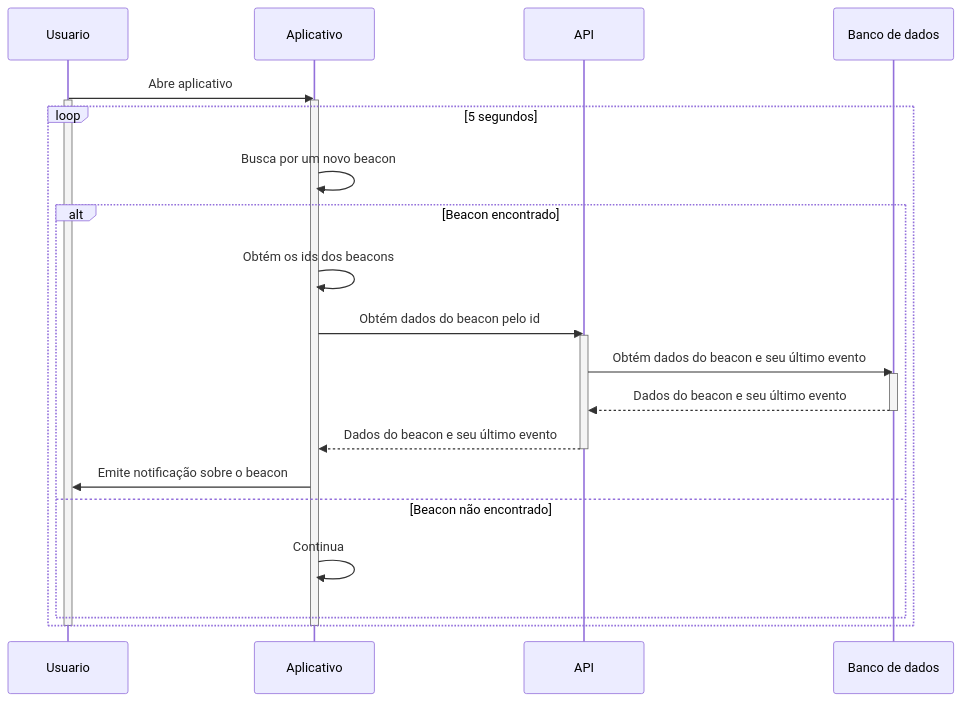
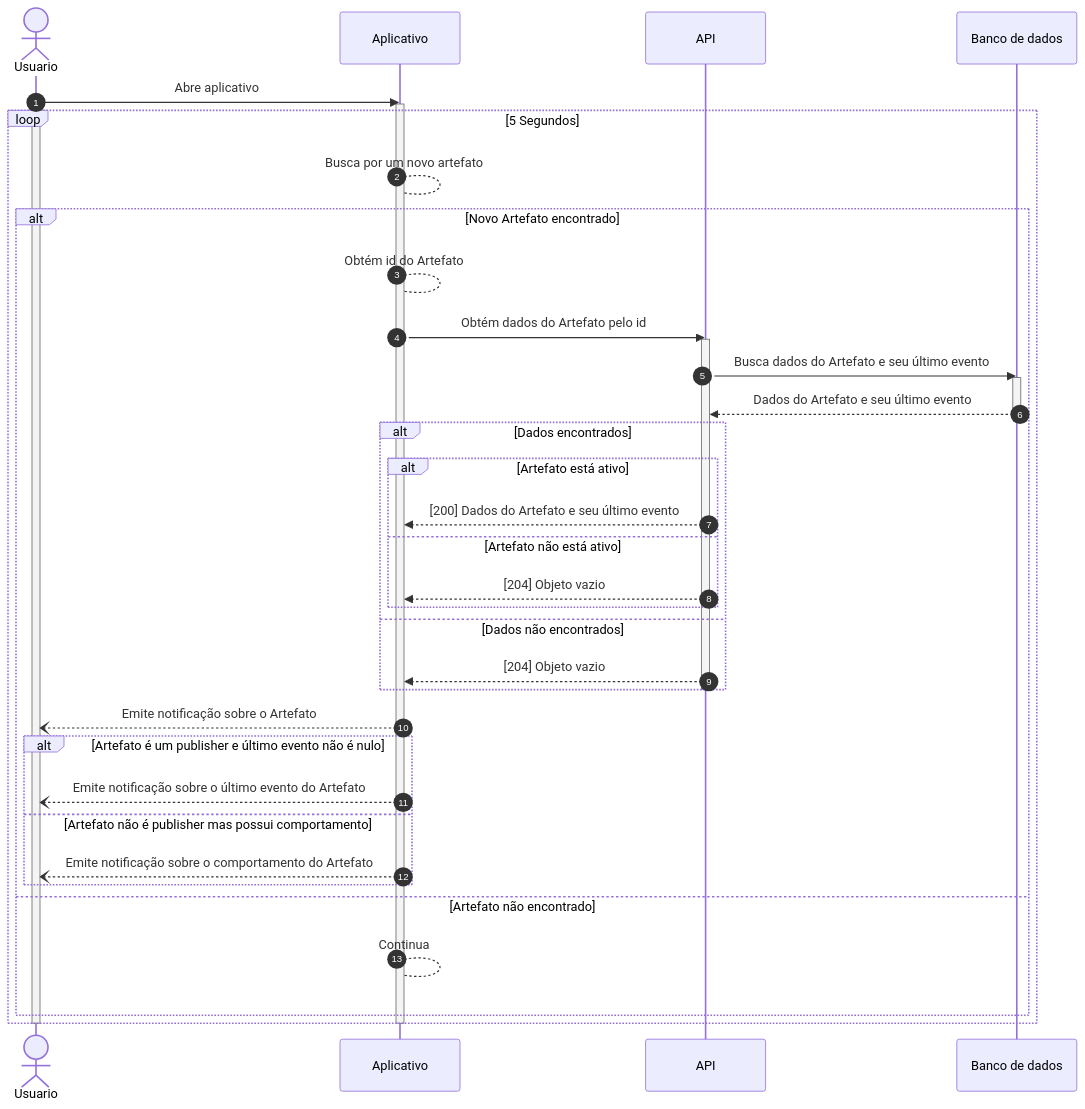
One commit to DSM-FATEC/fatec_dsm_pi_quinto_semestre changed the third of 5 diagrams in docs/diagramas.md. Above: the diagram before and after it, drawn with Mermaid. The commit also changed other lines of this file, not shown here.

Commit message:
feat: adiciona novos diagramas

````diff
--- a/docs/diagramas.md
+++ b/docs/diagramas.md
@@ -51,39 +51,60 @@
 ```mermaid
 sequenceDiagram
+    autonumber
+
+    actor Usuario
+    participant Aplicativo
+    participant API
+    participant Banco de dados
+
     Usuario->>Aplicativo: Abre aplicativo
 
     activate Usuario
     activate Aplicativo
 
-    loop 5 segundos
-        Aplicativo->>Aplicativo: Busca por um novo beacon
+    loop 5 Segundos
+        Aplicativo-->Aplicativo: Busca por um novo artefato
 
-        alt Beacon encontrado
-            Aplicativo->>Aplicativo: Obtém os ids dos beacons 
-            Aplicativo->>API: Obtém dados do beacon pelo id
+        alt Novo Artefato encontrado
+            Aplicativo-->Aplicativo: Obtém id do Artefato
+            Aplicativo->>API: Obtém dados do Artefato pelo id
 
             activate API
 
-            API->>Banco de dados: Obtém dados do beacon e seu último evento
+            API->>Banco de dados: Busca dados do Artefato e seu último evento
 
             activate Banco de dados
 
-            Banco de dados-->>API: Dados do beacon e seu último evento
+            Banco de dados-->>API: Dados do Artefato e seu último evento
 
             deactivate Banco de dados
 
-            API-->>Aplicativo: Dados do beacon e seu último evento
+            alt Dados encontrados
+                alt Artefato está ativo
+                    API-->>Aplicativo: [200] Dados do Artefato e seu último evento
+                else Artefato não está ativo
+                    API-->>Aplicativo: [204] Objeto vazio
+                end
+            else Dados não encontrados
+                API-->>Aplicativo:[204] Objeto vazio
+            end
 
             deactivate API
 
-            Aplicativo->>Usuario: Emite notificação sobre o beacon
-        else Beacon não encontrado
-            Aplicativo->>Aplicativo: Continua
+            Aplicativo--)Usuario: Emite notificação sobre o Artefato
+
+            alt Artefato é um publisher e último evento não é nulo
+                Aplicativo--)Usuario: Emite notificação sobre o último evento do Artefato
+            else Artefato não é publisher mas possui comportamento
+                Aplicativo--)Usuario: Emite notificação sobre o comportamento do Artefato
+            end
+        else Artefato não encontrado
+            Aplicativo-->Aplicativo: Continua
         end
 
     end
 
 
     deactivate Usuario
     deactivate Aplicativo
 ```
````
